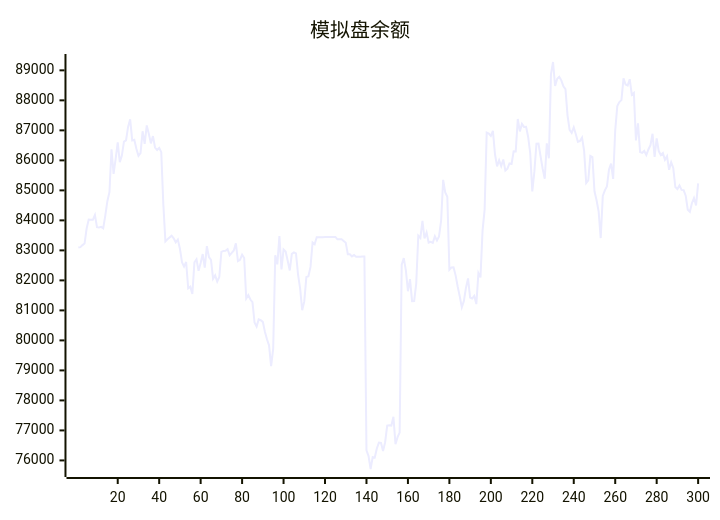
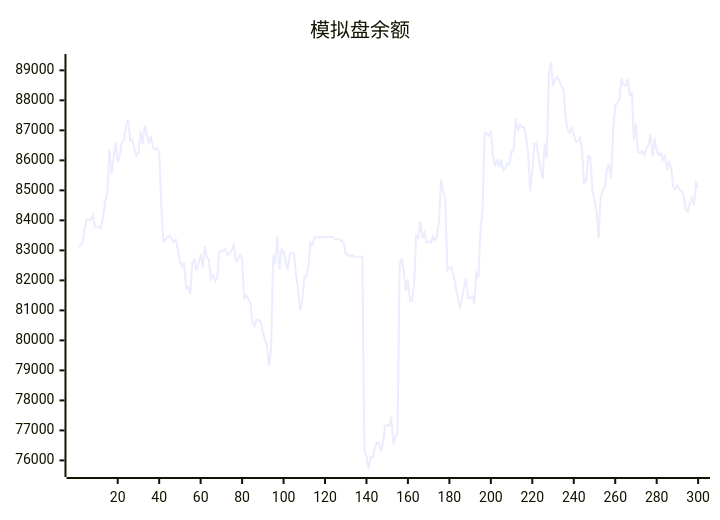
Before and after one commit to aahl/ai-trading: the diagram in README.md, drawn with Mermaid. The commit also changed other lines of this file and 1 other file, not shown here.

````diff
--- a/README.md
+++ b/README.md
@@ -5,5 +5,5 @@
 ```mermaid
 xychart
     title "模拟盘余额"
-    line [83093,83107,83175,83228,83729,84025,84017,84019,84177,83775,83762,83785,83738,84160,84639,84939,86370,85548,86046,86599,85942,86161,86622,86664,87115,87369,86666,86685,86384,86152,86243,86969,86548,87164,86885,86566,86809,86427,86348,86417,86273,84538,83299,83369,83430,83490,83404,83270,83362,83056,82605,82459,82614,81734,81788,81551,82598,82702,82320,82580,82878,82426,83139,82778,82686,82056,82166,81963,82110,82951,82983,82984,83038,82838,82915,82998,83235,82642,82682,82858,82746,81396,81512,81362,81277,80600,80461,80699,80673,80616,80288,80038,79836,79142,79722,82837,82533,83480,82366,83032,82960,82654,82330,82883,82934,82901,82188,81728,81005,81298,82110,82135,82449,83264,83203,83440,83439,83440,83440,83446,83447,83448,83447,83448,83449,83369,83369,83369,83313,83256,82872,82873,82801,82844,82785,82791,82791,82793,82794,76339,76145,75714,76110,76096,76397,76594,76585,76310,76607,77160,77170,77160,77456,76541,76774,76927,82520,82744,82337,81639,82040,81307,81314,81887,83490,83414,83984,83396,83594,83261,83287,83253,83470,83327,83465,83987,85348,84930,84786,82355,82433,82438,82167,81795,81466,81105,81315,81756,82064,81426,81398,81481,81210,82242,82099,83658,84359,86925,86892,86814,86980,86203,85802,86003,85811,86028,85657,85721,85896,85880,86300,86299,87378,86965,87214,87115,87118,86780,86238,84966,85623,86555,86562,86129,85722,85387,86569,86070,88870,89278,88477,88720,88781,88668,88467,88372,87493,87018,86917,87102,86870,86613,86644,86758,86317,85242,85334,86149,86106,84968,84671,84302,83410,84816,85001,85127,85693,85891,85384,87001,87811,87945,88007,88734,88528,88495,88705,88189,88248,86662,87234,86279,86251,86314,86177,86364,86503,86886,86114,86731,86310,86176,86240,86017,86136,85685,85938,85749,85111,85044,85164,85016,85008,84824,84354,84287,84572,84745,84500,85234]
+    line [83107,83175,83228,83729,84025,84017,84019,84177,83775,83762,83785,83738,84160,84639,84939,86370,85548,86046,86599,85942,86161,86622,86664,87115,87369,86666,86685,86384,86152,86243,86969,86548,87164,86885,86566,86809,86427,86348,86417,86273,84538,83299,83369,83430,83490,83404,83270,83362,83056,82605,82459,82614,81734,81788,81551,82598,82702,82320,82580,82878,82426,83139,82778,82686,82056,82166,81963,82110,82951,82983,82984,83038,82838,82915,82998,83235,82642,82682,82858,82746,81396,81512,81362,81277,80600,80461,80699,80673,80616,80288,80038,79836,79142,79722,82837,82533,83480,82366,83032,82960,82654,82330,82883,82934,82901,82188,81728,81005,81298,82110,82135,82449,83264,83203,83440,83439,83440,83440,83446,83447,83448,83447,83448,83449,83369,83369,83369,83313,83256,82872,82873,82801,82844,82785,82791,82791,82793,82794,76339,76145,75714,76110,76096,76397,76594,76585,76310,76607,77160,77170,77160,77456,76541,76774,76927,82520,82744,82337,81639,82040,81307,81314,81887,83490,83414,83984,83396,83594,83261,83287,83253,83470,83327,83465,83987,85348,84930,84786,82355,82433,82438,82167,81795,81466,81105,81315,81756,82064,81426,81398,81481,81210,82242,82099,83658,84359,86925,86892,86814,86980,86203,85802,86003,85811,86028,85657,85721,85896,85880,86300,86299,87378,86965,87214,87115,87118,86780,86238,84966,85623,86555,86562,86129,85722,85387,86569,86070,88870,89278,88477,88720,88781,88668,88467,88372,87493,87018,86917,87102,86870,86613,86644,86758,86317,85242,85334,86149,86106,84968,84671,84302,83410,84816,85001,85127,85693,85891,85384,87001,87811,87945,88007,88734,88528,88495,88705,88189,88248,86662,87234,86279,86251,86314,86177,86364,86503,86886,86114,86731,86310,86176,86240,86017,86136,85685,85938,85749,85111,85044,85164,85016,85008,84824,84354,84287,84572,84745,84500,85234,85096]
 ```
````
